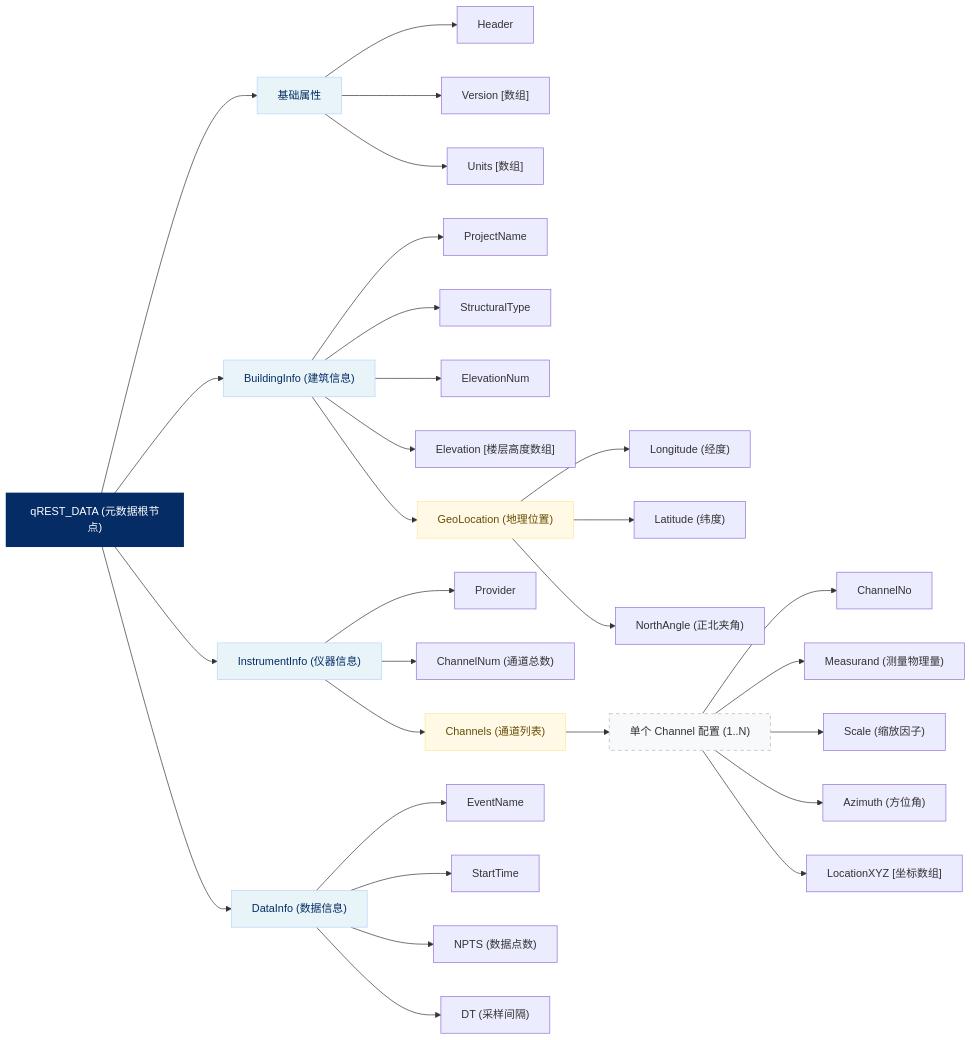
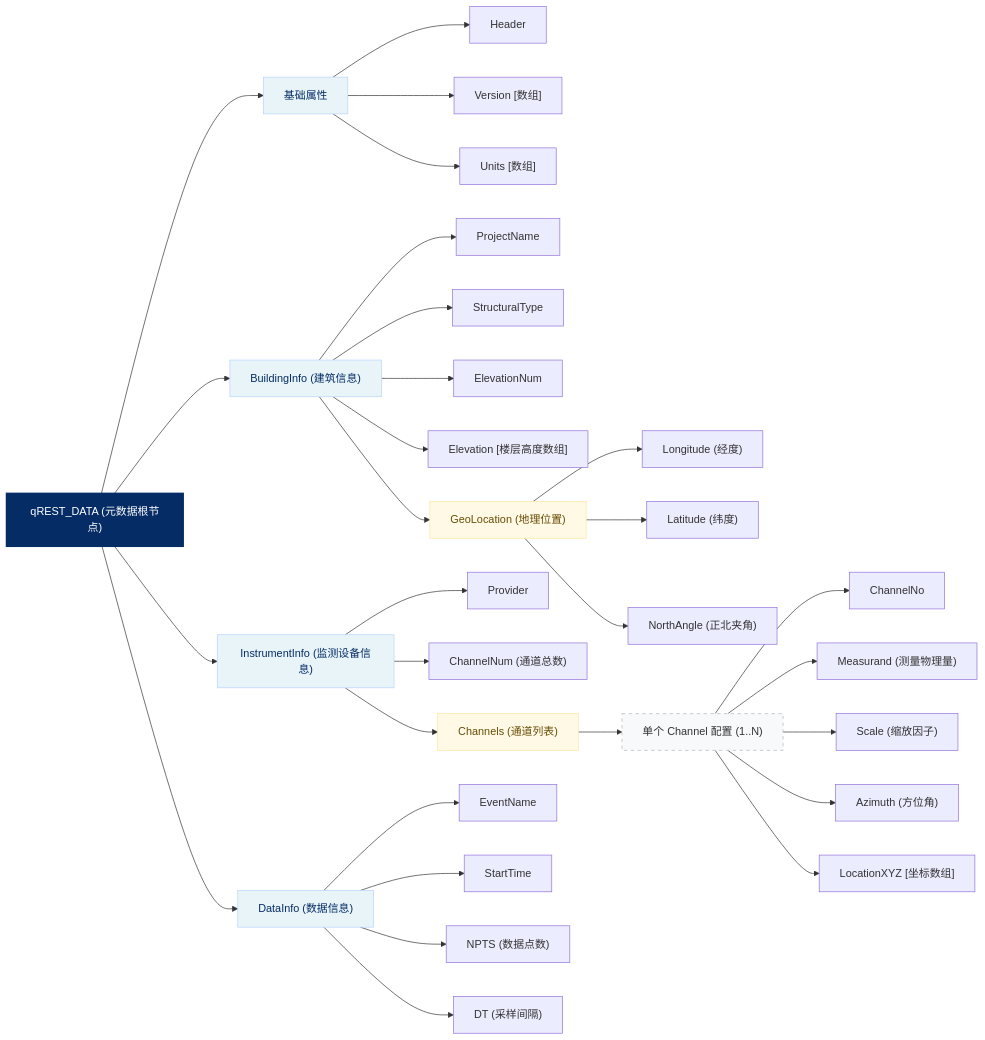
Before and after one commit to FeiyueDong/qREST_Data: the second of 4 diagrams in doc/qREST_DataStorage.md, drawn with Mermaid. The commit also changed 13 other files, not shown here.

Commit message:
修复了文档中图的错误； 优化了Metadata的解析

````diff
--- a/doc/qREST_DataStorage.md
+++ b/doc/qREST_DataStorage.md
@@ -93,57 +93,57 @@
 ```mermaid
 flowchart LR
     %% 根节点
     Root["qREST_DATA (元数据根节点)"]
 
     %% 第一层级：四大主要模块
     Root --> BaseInfo["基础属性"]
     Root --> Build["BuildingInfo (建筑信息)"]
-    Root --> Inst["InstrumentInfo (仪器信息)"]
+    Root --> Inst["InstrumentInfo (监测设备信息)"]
     Root --> Data["DataInfo (数据信息)"]
 
     %% 基础属性展开
     BaseInfo --> Header["Header"]
     BaseInfo --> Version["Version [数组]"]
     BaseInfo --> Units["Units [数组]"]
 
     %% 建筑信息展开
     Build --> PName["ProjectName"]
     Build --> SType["StructuralType"]
     Build --> ENum["ElevationNum"]
     Build --> Elev["Elevation [楼层高度数组]"]
     Build --> Geo["GeoLocation (地理位置)"]
 
     %% 地理位置展开
     Geo --> Lon["Longitude (经度)"]
     Geo --> Lat["Latitude (纬度)"]
     Geo --> NA["NorthAngle (正北夹角)"]
 
-    %% 仪器信息展开
+    %% 监测设备信息展开
     Inst --> Prov["Provider"]
     Inst --> CNum["ChannelNum (通道总数)"]
     Inst --> ChList["Channels (通道列表)"]
 
     %% 通道信息展开 (表示1到N个关系)
     ChList --> Ch["单个 Channel 配置 (1..N)"]
     Ch --> CNo["ChannelNo"]
     Ch --> Meas["Measurand (测量物理量)"]
     Ch --> Scale["Scale (缩放因子)"]
     Ch --> Azi["Azimuth (方位角)"]
     Ch --> Loc["LocationXYZ [坐标数组]"]
 
     %% 数据信息展开
     Data --> EName["EventName"]
     Data --> STime["StartTime"]
     Data --> NPTS["NPTS (数据点数)"]
     Data --> DT["DT (采样间隔)"]
 
     style Root fill:#052c65,stroke:#052c65,color:#ffffff,stroke-width:2px
     style Build fill:#e8f4f8,stroke:#b6d4fe,color:#052c65
     style Inst fill:#e8f4f8,stroke:#b6d4fe,color:#052c65
     style Data fill:#e8f4f8,stroke:#b6d4fe,color:#052c65
     style BaseInfo fill:#e8f4f8,stroke:#b6d4fe,color:#052c65
     style Geo fill:#fff9e6,stroke:#ffe69c,color:#664d03
     style ChList fill:#fff9e6,stroke:#ffe69c,color:#664d03
     style Ch fill:#f8f9fa,stroke:#adb5bd,stroke-dasharray: 5 5
 
 ```
````
